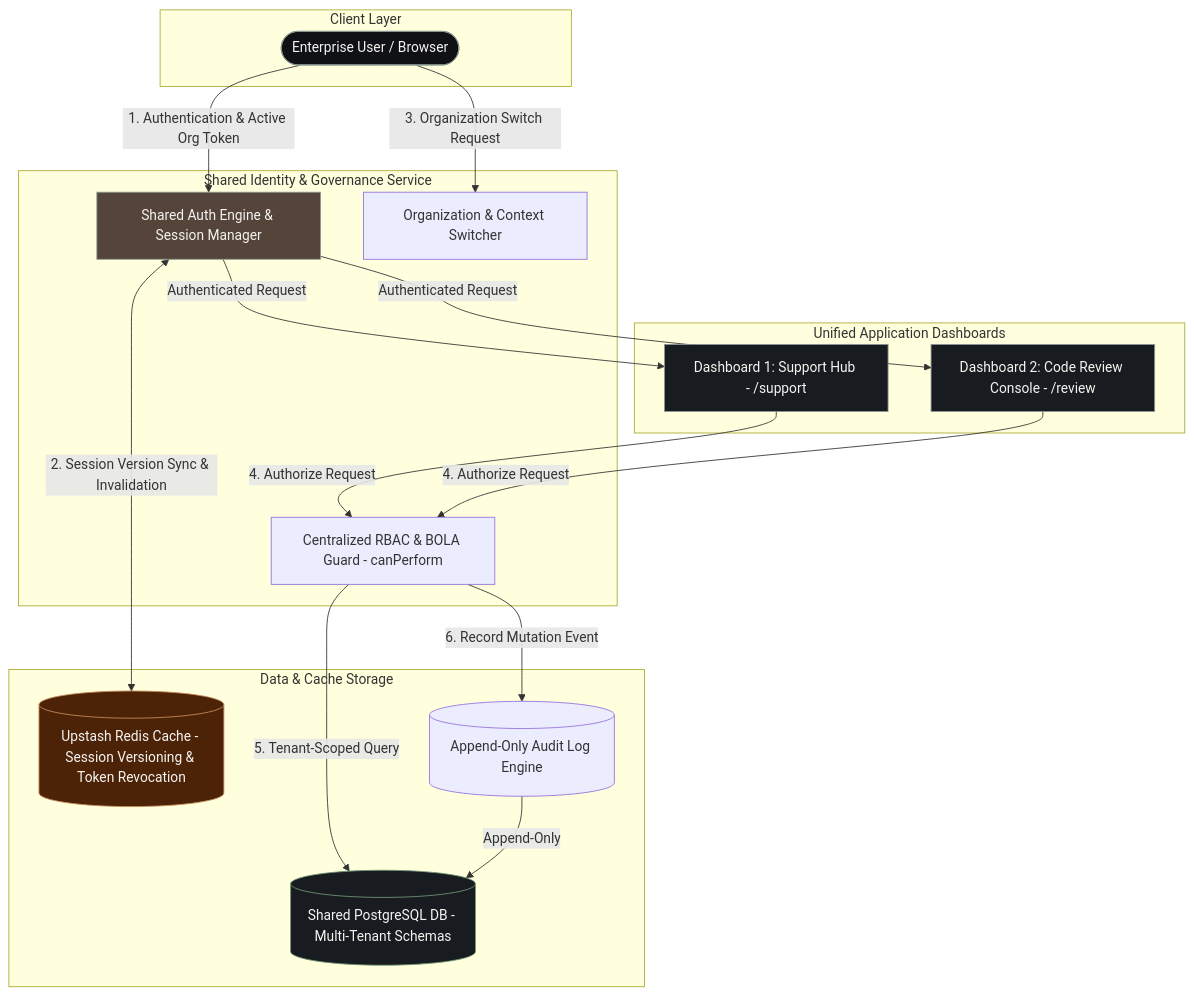
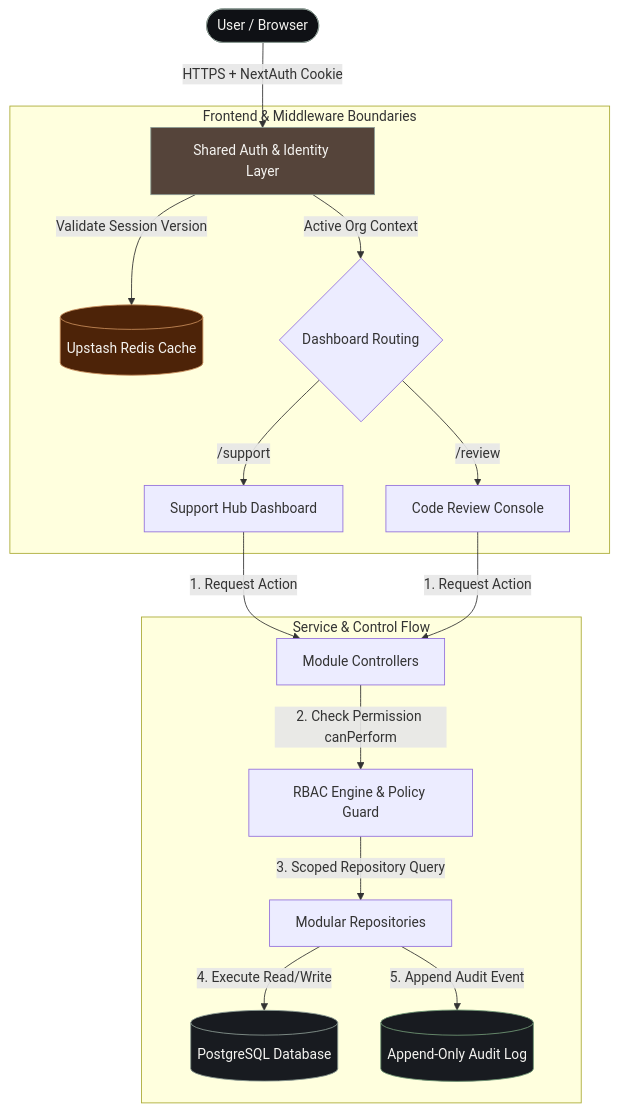
One commit to gargijoshi9/unified-workspace changed the first of 3 diagrams in docs/architecture.md. Above: the diagram before and after it, drawn with Mermaid. The commit also changed other lines of this file, not shown here.

Commit message:
docs: update architecture documentation with revised system flow and refined authorization guidelines

````diff
--- a/docs/architecture.md
+++ b/docs/architecture.md
@@ -6,42 +6,25 @@
 ```mermaid
 flowchart TD
-    subgraph Client Layer
-        User([Enterprise User / Browser])
+    User([User / Browser]) -->|HTTPS + NextAuth Cookie| AuthLayer[Shared Auth & Identity Layer]
+    
+    subgraph Frontend & Middleware Boundaries
+        AuthLayer -->|Validate Session Version| Redis[(Upstash Redis Cache)]
+        AuthLayer -->|Active Org Context| Dashboards{Dashboard Routing}
+        Dashboards -->|/support| SupportHub[Support Hub Dashboard]
+        Dashboards -->|/review| ReviewConsole[Code Review Console]
     end
 
-    subgraph Shared Identity & Governance Service
-        NextAuth[Shared Auth Engine & Session Manager]
-        OrgSwitcher[Organization & Context Switcher]
-        RBACGuard[Centralized RBAC & BOLA Guard - canPerform]
+    subgraph Service & Control Flow
+        SupportHub & ReviewConsole -->|1. Request Action| Controller[Module Controllers]
+        Controller -->|2. Check Permission canPerform| Authorize[RBAC Engine & Policy Guard]
+        Authorize -->|3. Scoped Repository Query| Repository[Modular Repositories]
+        Repository -->|4. Execute Read/Write| Postgres[(PostgreSQL Database)]
+        Repository -->|5. Append Audit Event| AuditLog[(Append-Only Audit Log)]
     end
 
-    subgraph Unified Application Dashboards
-        Dash1[Dashboard 1: Support Hub - /support]
-        Dash2[Dashboard 2: Code Review Console - /review]
-    end
-
-    subgraph Data & Cache Storage
-        Postgres[(Shared PostgreSQL DB - Multi-Tenant Schemas)]
-        Redis[(Upstash Redis Cache - Session Versioning & Token Revocation)]
-        AuditLog[(Append-Only Audit Log Engine)]
-    end
-
-    User -->|1. Authentication & Active Org Token| NextAuth
-    NextAuth <-->|2. Session Version Sync & Invalidation| Redis
-    User -->|3. Organization Switch Request| OrgSwitcher
-    
-    NextAuth -->|Authenticated Request| Dash1
-    NextAuth -->|Authenticated Request| Dash2
-
-    Dash1 & Dash2 -->|4. Authorize Request| RBACGuard
-    RBACGuard -->|5. Tenant-Scoped Query| Postgres
-    RBACGuard -->|6. Record Mutation Event| AuditLog
-    AuditLog -->|Append-Only| Postgres
-
     style User fill:#0F1115,stroke:#8A9992,color:#F5F4F1
-    style NextAuth fill:#55443A,stroke:#8A9992,color:#F5F4F1
-    style Dash1 fill:#181B20,stroke:#8A9992,color:#F5F4F1
-    style Dash2 fill:#181B20,stroke:#8A9992,color:#F5F4F1
+    style AuthLayer fill:#55443A,stroke:#8A9992,color:#F5F4F1
     style Redis fill:#4D2308,stroke:#C68B59,color:#F5F4F1
-    style Postgres fill:#181B20,stroke:#709775,color:#F5F4F1
+    style Postgres fill:#181B20,stroke:#8A9992,color:#F5F4F1
+    style AuditLog fill:#181B20,stroke:#709775,color:#F5F4F1
 ```
````
